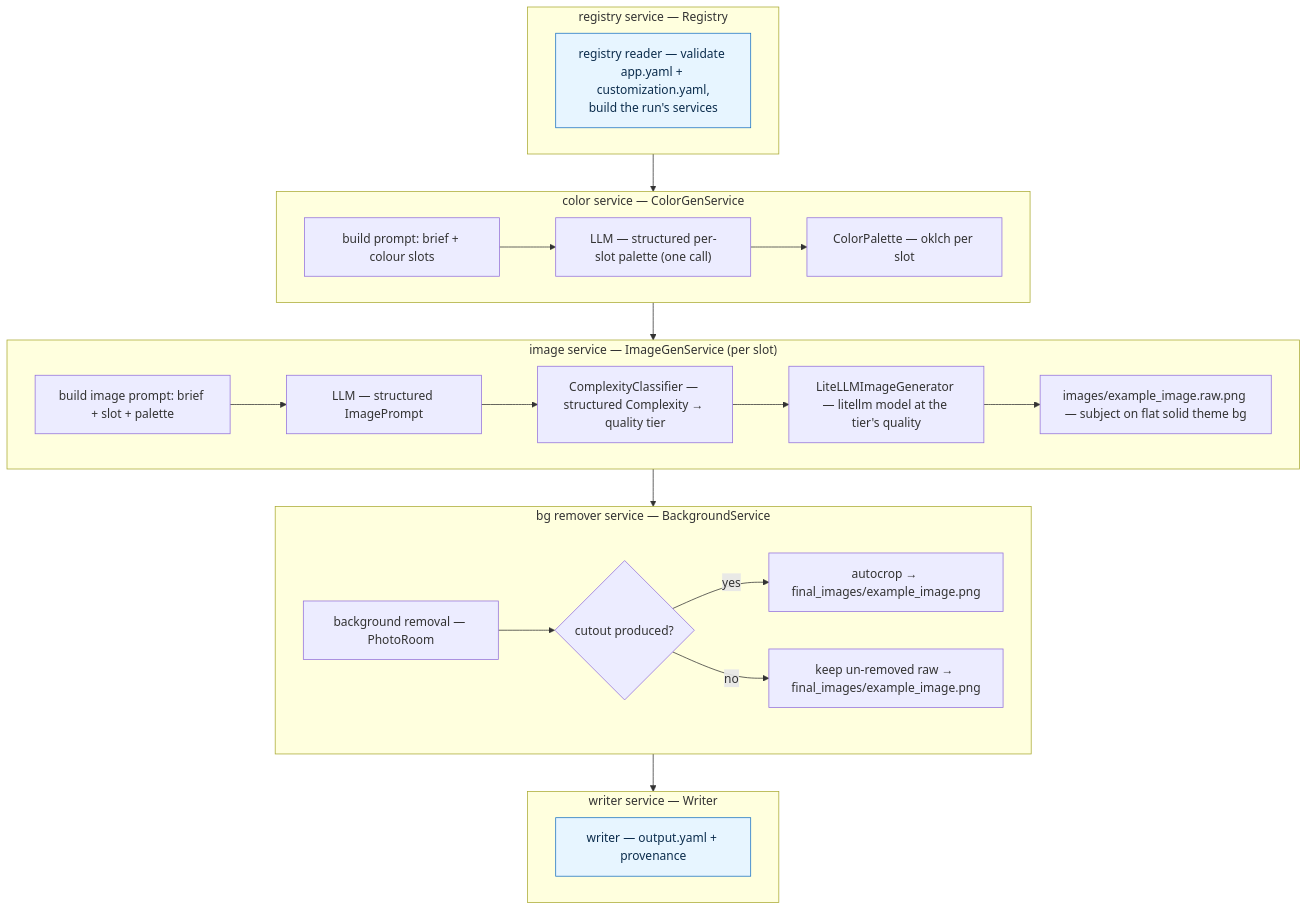
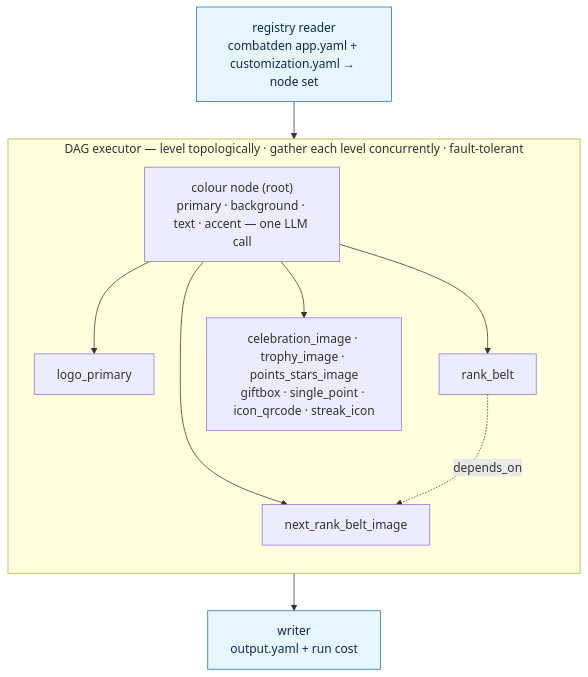
The first of 2 diagrams in CustomizationService/README.md (jesse51002/CombatDen), drawn with Mermaid before and after one commit. The commit also changed other lines of this file and 43 other files, not shown here.

````diff
--- a/CustomizationService/README.md
+++ b/CustomizationService/README.md
@@ -37,42 +30,25 @@
 ```mermaid
 flowchart TD
-  subgraph sgRegistry["registry service — Registry"]
-    Reg["registry reader — validate app.yaml + customization.yaml,<br/>build the run's services"]
+  Reg["registry reader<br/>combatden app.yaml + customization.yaml → node set"]
+
+  subgraph sgExec["DAG executor — level topologically · gather each level concurrently · fault-tolerant"]
+    direction TB
+    Color["colour node (root)<br/>primary · background · text · accent — one LLM call"]
+    Logo["logo_primary"]
+    RankBelt["rank_belt"]
+    NextRank["next_rank_belt_image"]
+    Rest["celebration_image · trophy_image · points_stars_image<br/>giftbox · single_point · icon_qrcode · streak_icon"]
+    Color --> Logo
+    Color --> RankBelt
+    Color --> NextRank
+    Color --> Rest
+    RankBelt -. "depends_on" .-> NextRank
   end
 
+  Writer["writer<br/>output.yaml + run cost"]
 
-    subgraph sgColor["color service — ColorGenService"]
-        CBuild["build prompt: brief + colour slots"]
-        CLLM["LLM — structured per-slot palette (one call)"]
-        Palette["ColorPalette — oklch per slot"]
-        CBuild --> CLLM --> Palette
-    end
+  Reg --> sgExec --> Writer
 
-    subgraph sgImage["image service — ImageGenService (per slot)"]
-        IBuild["build image prompt: brief + slot + palette"]
-        ILLM["LLM — structured ImagePrompt"]
-        Classify["ComplexityClassifier — structured Complexity → quality tier"]
-        Gen["LiteLLMImageGenerator — litellm model at the tier's quality"]
-        Raw["images/example_image.raw.png — subject on flat solid theme bg"]
-        IBuild --> ILLM --> Classify --> Gen --> Raw
-    end
-
-    subgraph sgBg["bg remover service — BackgroundService"]
-        BgRemove["background removal — PhotoRoom"]
-        Decide{"cutout produced?"}
-        Crop["autocrop → final_images/example_image.png"]
-        Fallback["keep un-removed raw → final_images/example_image.png"]
-        BgRemove --> Decide
-        Decide -- "yes" --> Crop
-        Decide -- "no" --> Fallback
-    end
-
-    subgraph sgWriter["writer service — Writer"]
-        Writer["writer — output.yaml + provenance"]
-    end
-    
-    sgRegistry --> sgColor --> sgImage --> sgBg --> sgWriter
-
-    classDef io fill:#e7f5ff,stroke:#1971c2,color:#0c2d4d
-    class Reg,Writer io
+  classDef io fill:#e7f5ff,stroke:#1971c2,color:#0c2d4d
+  class Reg,Writer io
 ```
````
